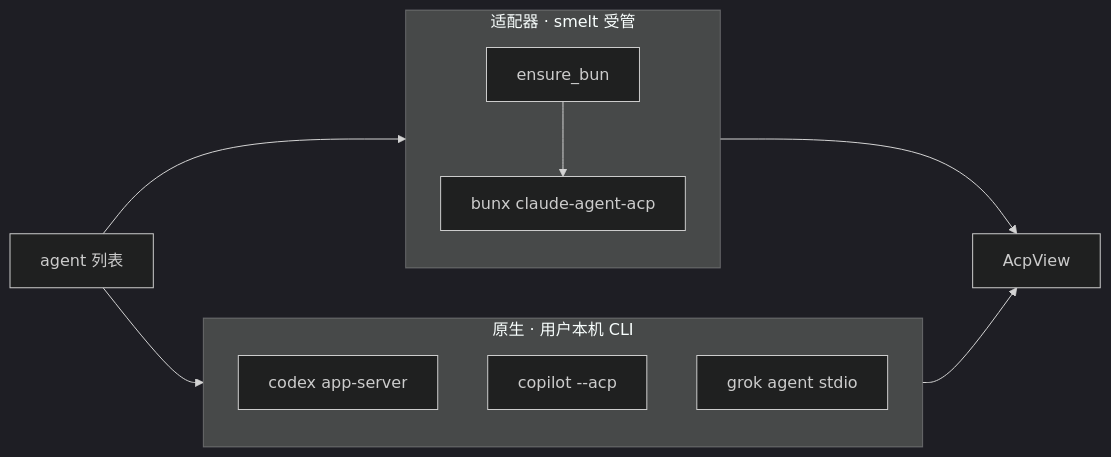
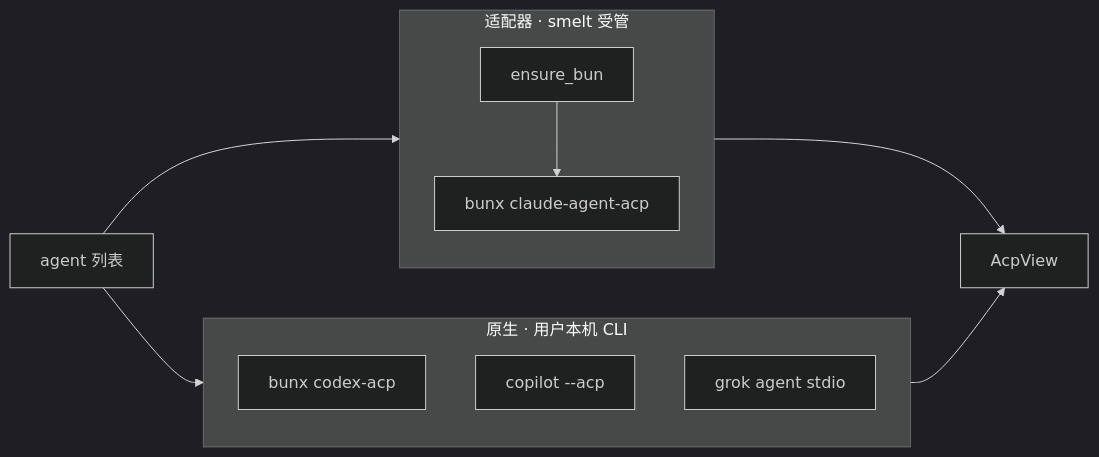
The second of 7 diagrams in docs/product-roadmap.md (smelt-ai/smelt), drawn with Mermaid (dark theme) before and after one commit. The commit also changed other lines of this file and 70 other files, not shown here.

````diff
--- a/docs/product-roadmap.md
+++ b/docs/product-roadmap.md
@@ -72,17 +91,17 @@
 ```mermaid
 flowchart LR
   subgraph managed["适配器 · smelt 受管"]
     Bun["ensure_bun"]
     CL["bunx claude-agent-acp"]
     Bun --> CL
   end
   subgraph native["原生 · 用户本机 CLI"]
-    CD["codex app-server"]
+    CD["bunx codex-acp"]
     CP["copilot --acp"]
     GK["grok agent stdio"]
   end
   List["agent 列表"] --> managed
   List --> native
   managed --> V["AcpView"]
   native --> V
 ```
````
